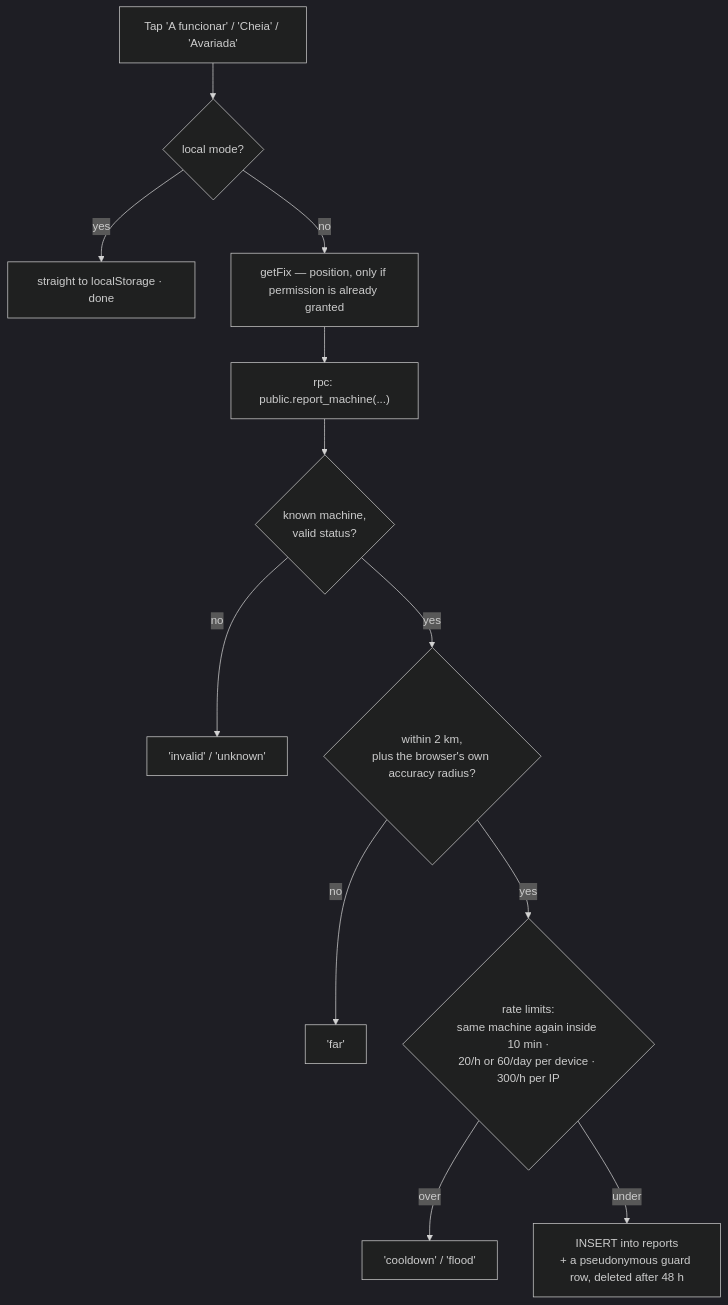
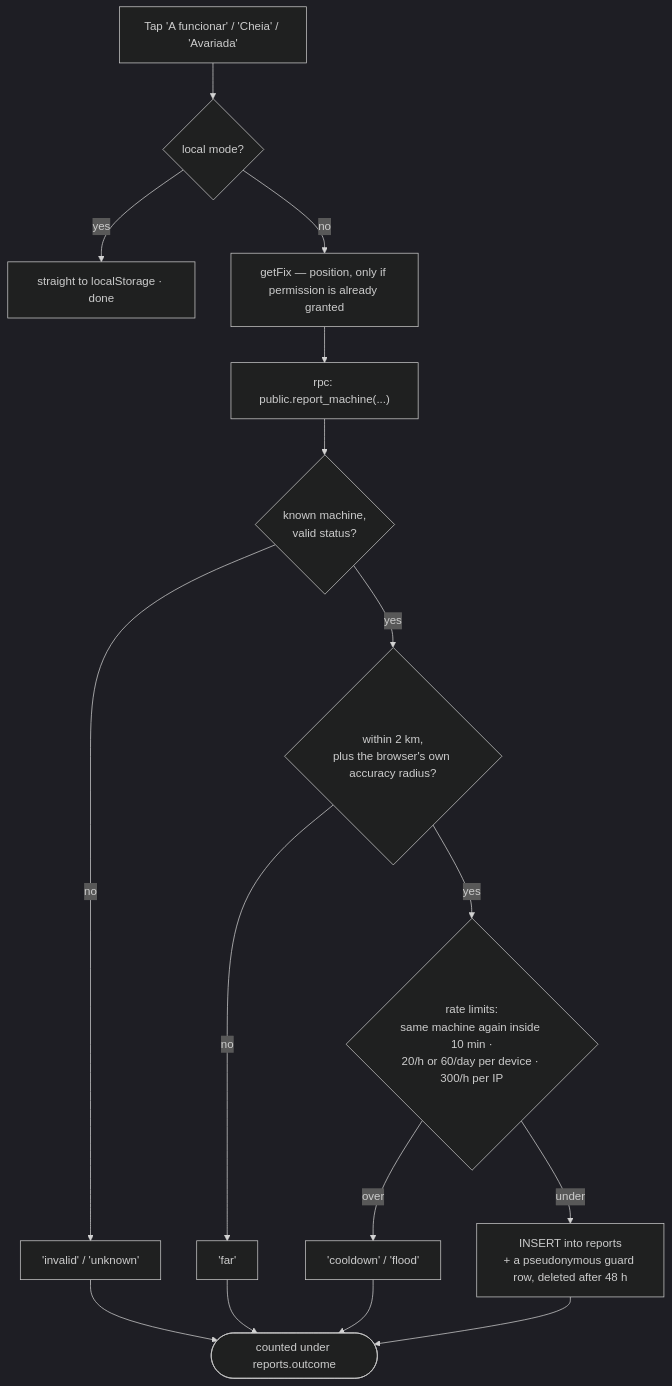
The fifth of 8 diagrams in docs/diagrams.md (isabelhdias/voltacheck), drawn with Mermaid (dark theme) before and after one commit. The commit also changed other lines of this file and 9 other files, not shown here.

````diff
--- a/docs/diagrams.md
+++ b/docs/diagrams.md
@@ -125,14 +125,18 @@
 ```mermaid
 flowchart TD
   tap["Tap 'A funcionar' / 'Cheia' / 'Avariada'"] --> mode{"local mode?"}
   mode -- yes --> ls["straight to localStorage · done"]
   mode -- no --> fix["getFix — position, only if permission is already granted"]
   fix --> rpc["rpc: public.report_machine(...)"]
   rpc --> valid{"known machine,<br/>valid status?"}
   valid -- no --> bad["'invalid' / 'unknown'"]
   valid -- yes --> near{"within 2 km,<br/>plus the browser's own accuracy radius?"}
   near -- no --> far["'far'"]
   near -- yes --> rate{"rate limits:<br/>same machine again inside 10 min ·<br/>20/h or 60/day per device · 300/h per IP"}
   rate -- over --> stop["'cooldown' / 'flood'"]
   rate -- under --> ins["INSERT into reports<br/>+ a pseudonymous guard row, deleted after 48 h"]
+  bad --> cnt(["counted under reports.outcome"])
+  far --> cnt
+  stop --> cnt
+  ins --> cnt
 ```
````
